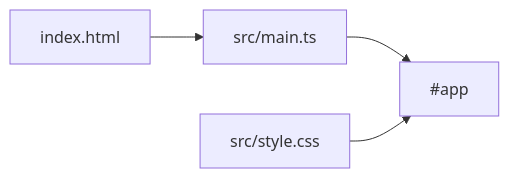
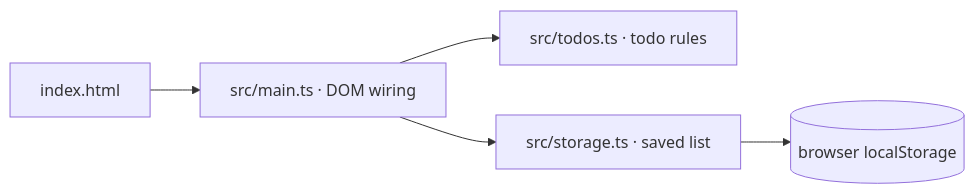
The diagram in aidd_docs/memory/architecture.md (maximeshr/aidd-todo-demo), drawn with Mermaid before and after one commit. The commit also changed other lines of this file and 5 other files, not shown here.

````diff
--- a/aidd_docs/memory/architecture.md
+++ b/aidd_docs/memory/architecture.md
@@ -12,6 +12,7 @@
 ```mermaid
 flowchart LR
-    HTML["index.html"] --> Main["src/main.ts"]
-    Main --> DOM["#app"]
-    Style["src/style.css"] --> DOM
+    HTML["index.html"] --> Main["src/main.ts · DOM wiring"]
+    Main --> Todos["src/todos.ts · todo rules"]
+    Main --> Storage["src/storage.ts · saved list"]
+    Storage --> Local[("browser localStorage")]
 ```
````
